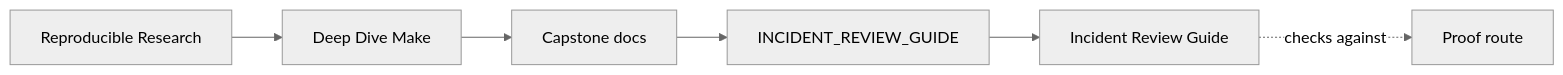
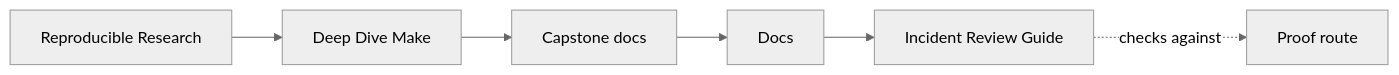
One commit to bijux/bijux-masterclass changed the first of 2 diagrams in programs/reproducible-research/deep-dive-make/capstone/docs/incident-review-guide.md. Above: the diagram before and after it, drawn with Mermaid (neutral theme). The commit also changed other lines of this file and 146 other files, not shown here.

````diff
--- a/programs/reproducible-research/deep-dive-make/capstone/docs/incident-review-guide.md
+++ b/programs/reproducible-research/deep-dive-make/capstone/docs/incident-review-guide.md
@@ -6,12 +6,12 @@
 ```mermaid
 graph LR
   family["Reproducible Research"]
   program["Deep Dive Make"]
   guide["Capstone docs"]
-  section["INCIDENT_REVIEW_GUIDE"]
+  section["Docs"]
   page["Incident Review Guide"]
   proof["Proof route"]
 
   family --> program --> guide --> section --> page
   page -.checks against.-> proof
 ```
````
